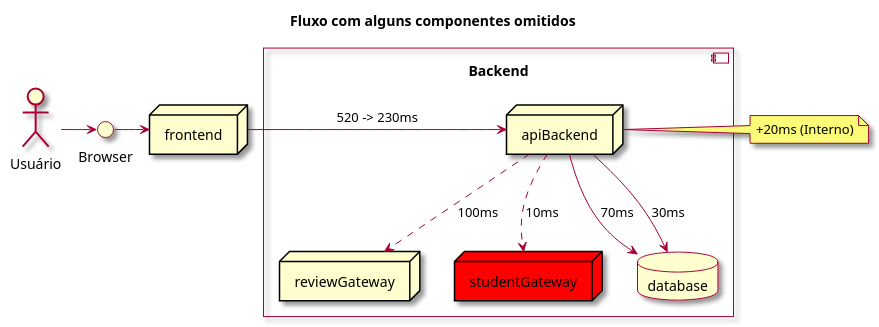
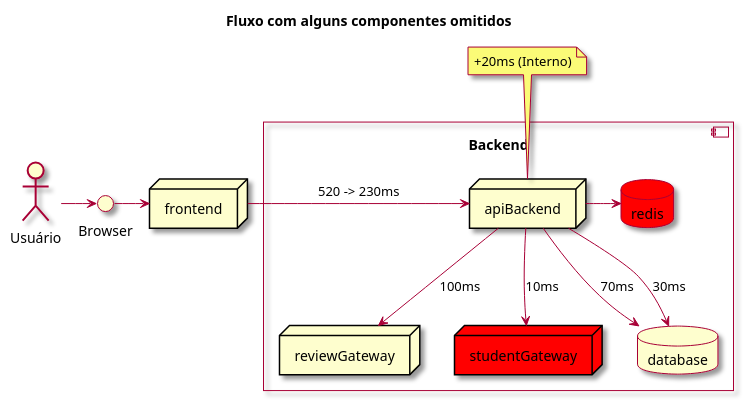
One commit to charlesardsilva/lecture-cache-content changed the diagram in docs/diagrams/request-sem-cdn-com-cache-parcial.plantuml. Above: the diagram before and after it, drawn with PlantUML. The commit also changed 2 other files, not shown here.

Commit message:
Change diagram

```diff
--- a/docs/diagrams/request-sem-cdn-com-cache-parcial.plantuml
+++ b/docs/diagrams/request-sem-cdn-com-cache-parcial.plantuml
@@ -1,30 +1,32 @@
 @startuml
 
 skin rose
 
 Title: Fluxo com alguns componentes omitidos
 
 actor "Usuário" as actor
 interface "Browser" as browser
 node frontend
 
 actor -> browser
 browser -> frontend
 
 component "Backend\n" {
 
   node "apiBackend" as backend
   node reviewGateway as reviewGateway
   node studentGateway as studentGateway #red
   database database
+  database redis as redis  #red
 
   backend --> database: 70ms
   backend --> database: 30ms
-  backend ..> reviewGateway: 100ms
-  backend ..> studentGateway: 10ms
+  backend --> reviewGateway: 100ms
+  backend --> studentGateway: 10ms
+  backend -> redis
 }
 
 frontend -> backend: 520 -> 230ms
-note right of backend: +20ms (Interno)
+note top of backend: +20ms (Interno)
 
 @enduml
```
